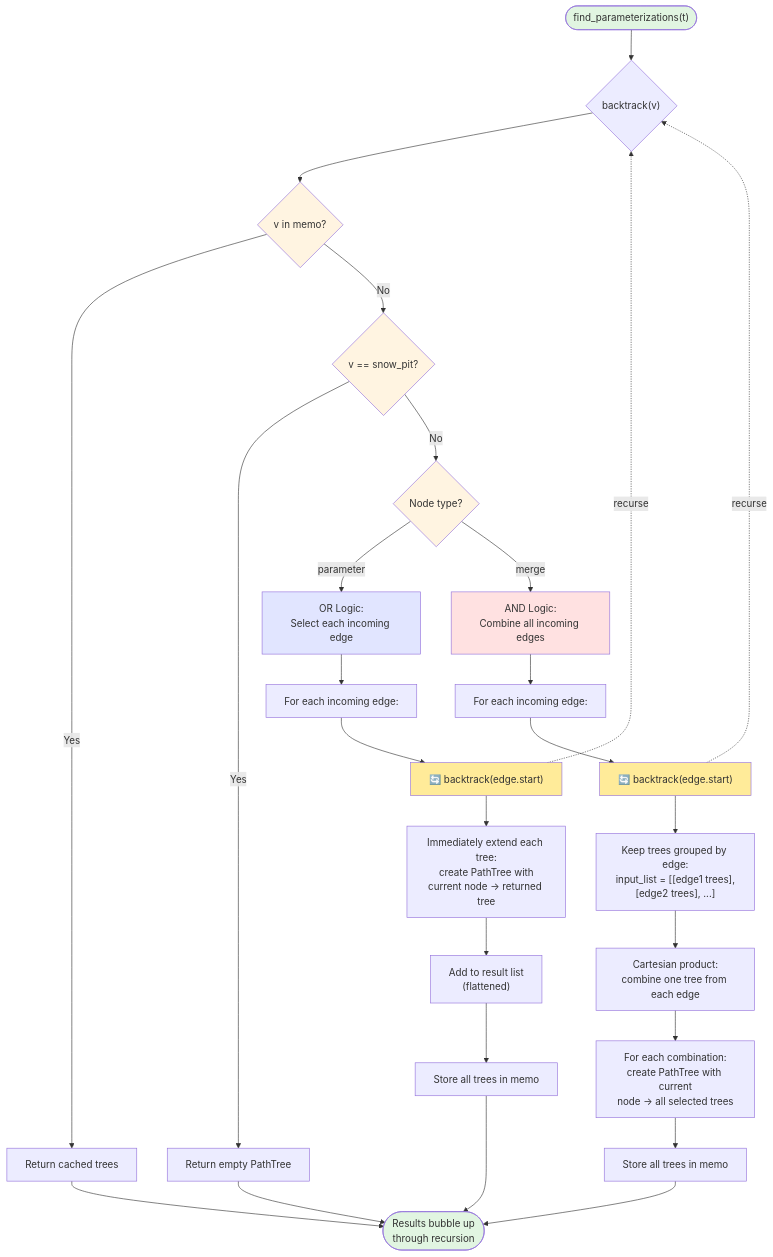
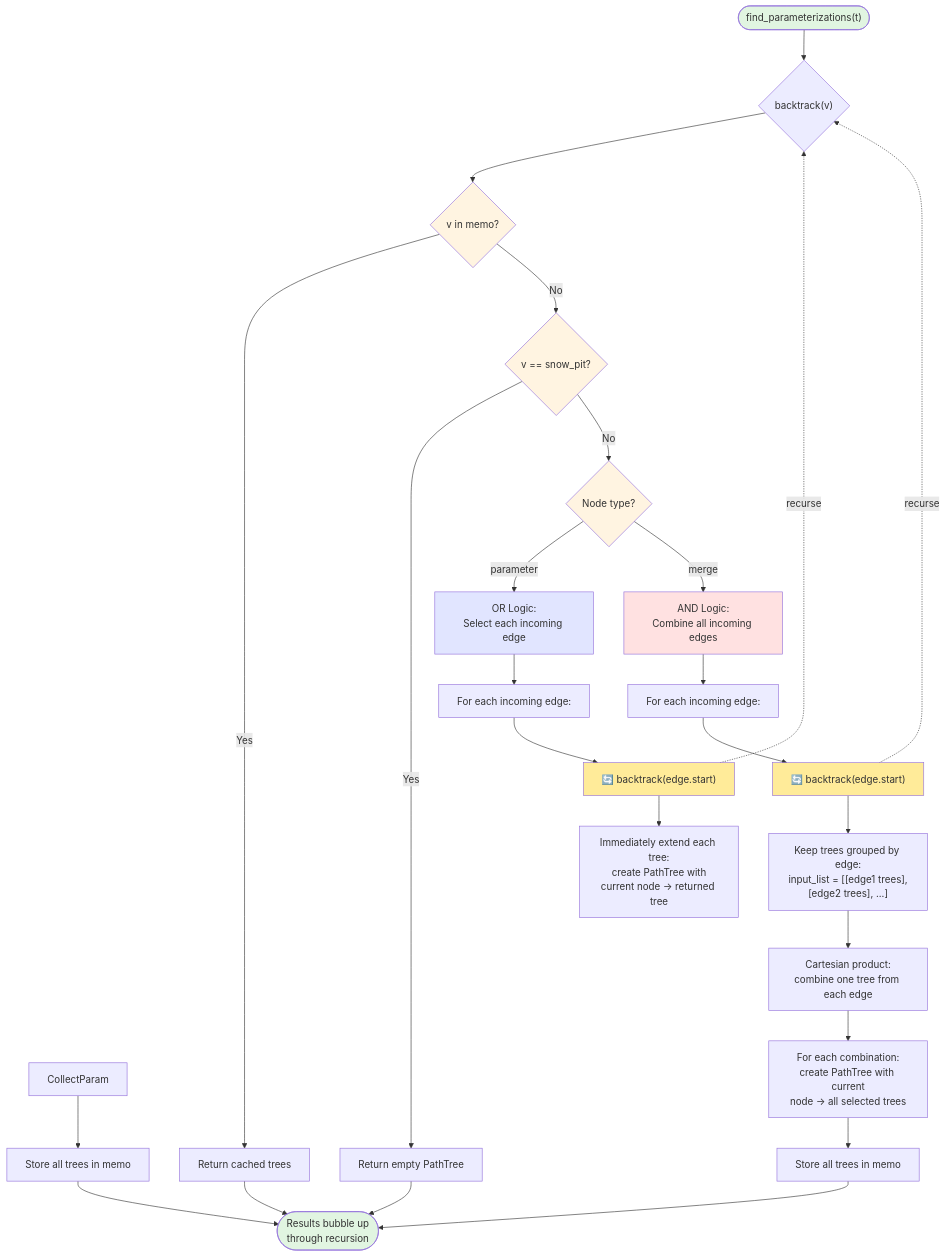
One commit to connellymk/SnowPyt-MechParams changed the diagram in algorithm/algorithm_flowchart.md. Above: the diagram before and after it, drawn with Mermaid. The commit also changed 1 other file, not shown here.

````diff
--- a/algorithm/algorithm_flowchart.md
+++ b/algorithm/algorithm_flowchart.md
@@ -5,45 +5,44 @@
 ```mermaid
 flowchart TD
     Start(["find_parameterizations(t)"]) --> Backtrack{"backtrack(v)"}
     
     Backtrack --> CheckMemo{v in memo?}
     CheckMemo -->|Yes| Return[Return cached trees]
     CheckMemo -->|No| CheckBase{v == snow_pit?}
     
     CheckBase -->|Yes| BaseCase[Return empty PathTree]
     CheckBase -->|No| CheckType{Node type?}
     
     CheckType -->|parameter| ParamLogic["OR Logic:<br/>Select each incoming edge"]
     CheckType -->|merge| MergeLogic["AND Logic:<br/>Combine all incoming edges"]
     
     ParamLogic --> ForEachEdge["For each incoming edge:"]
     ForEachEdge --> RecurseParam["🔄 backtrack(edge.start)"]
     RecurseParam -.->|recurse| Backtrack
     RecurseParam --> BuildParam["Immediately extend each tree:<br/>create PathTree with<br/>current node → returned tree"]
-    BuildParam --> CollectParam["Add to result list<br/>(flattened)"]
     CollectParam --> StoreParam[Store all trees in memo]
     
     MergeLogic --> ForEachInput["For each incoming edge:"]
     ForEachInput --> RecurseMerge["🔄 backtrack(edge.start)"]
     RecurseMerge -.->|recurse| Backtrack
     RecurseMerge --> GroupInputs["Keep trees grouped by edge:<br/>input_list = [[edge1 trees],<br/>[edge2 trees], ...]"]
     GroupInputs --> Cartesian["Cartesian product:<br/>combine one tree from each edge"]
     Cartesian --> BuildMerge["For each combination:<br/>create PathTree with current<br/>node → all selected trees"]
     BuildMerge --> StoreMerge[Store all trees in memo]
     
     StoreParam --> End
     StoreMerge --> End
     BaseCase --> End
     Return --> End
     End([Results bubble up<br/>through recursion])
     
     style Start fill:#e1f5e1
     style End fill:#e1f5e1
     style CheckMemo fill:#fff4e1
     style CheckBase fill:#fff4e1
     style CheckType fill:#fff4e1
     style ParamLogic fill:#e1e5ff
     style MergeLogic fill:#ffe1e1
     style RecurseParam fill:#ffeb99
     style RecurseMerge fill:#ffeb99
 ```
````
